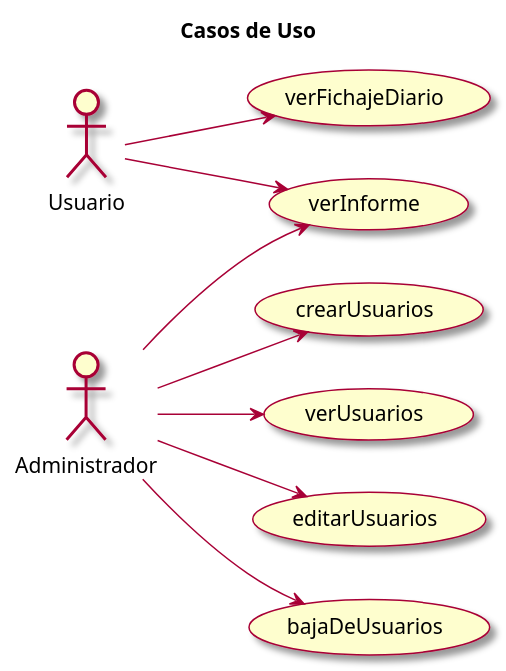
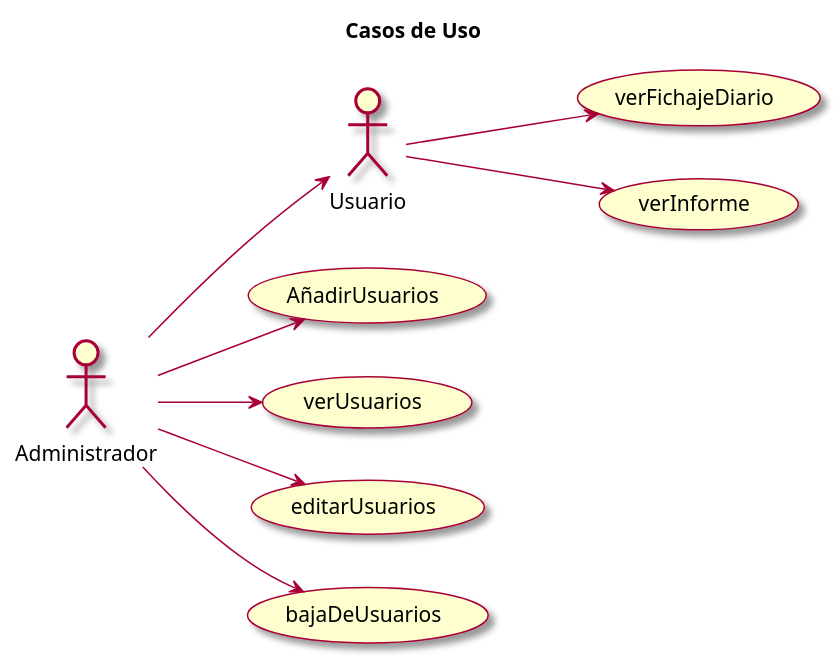
The diagram in modelosUML/casosDeUso/casosDeUso.puml (mmasias/23-24-IdSw1-SDR), drawn with PlantUML before and after one commit.

Commit message:
Update casosDeUso.puml
mejora del diagrama

```diff
--- a/modelosUML/casosDeUso/casosDeUso.puml
+++ b/modelosUML/casosDeUso/casosDeUso.puml
@@ -1,16 +1,18 @@
 @startuml Diagrama de CDU
 
 skin rose
 left to right direction
 title Casos de Uso
 
 Usuario --> (verFichajeDiario)
 Usuario --> (verInforme)
 
-Administrador --> (crearUsuarios)
+
+Administrador --> (Usuario)
+Administrador --> (AñadirUsuarios)
 Administrador --> (verUsuarios)
 Administrador --> (editarUsuarios)
 Administrador --> (bajaDeUsuarios)
-Administrador --> (verInforme)
+
 
 @enduml
```
